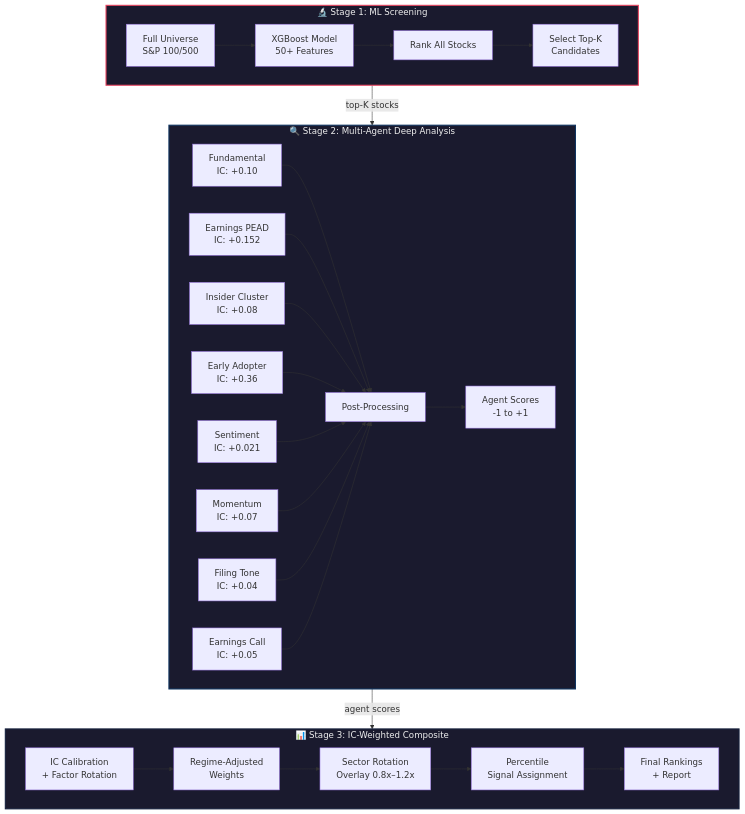
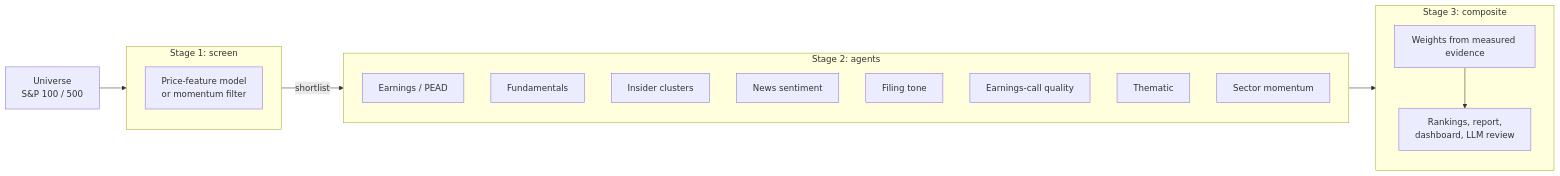
One commit to AndrewFSee/auto_researcher changed the diagram in README.md. Above: the diagram before and after it, drawn with Mermaid. The commit also changed other lines of this file and 32 other files, not shown here.

First line of the commit message:
Earnings data, point-in-time SEC fundamentals, reverse DCF and round 3

````diff
--- a/README.md
+++ b/README.md
@@ -131,37 +102,22 @@
 ```mermaid
-flowchart TB
-    subgraph Stage1["🔬 Stage 1: ML Screening"]
-        direction LR
-        A1[Full Universe<br/>S&P 100/500] --> A2[XGBoost Model<br/>50+ Features]
-        A2 --> A3[Rank All Stocks]
-        A3 --> A4[Select Top-K<br/>Candidates]
+flowchart LR
+    U[Universe<br/>S&P 100 / 500] --> S1
+    subgraph S1["Stage 1: screen"]
+        M[Price-feature model<br/>or momentum filter]
     end
-
-    subgraph Stage2["🔍 Stage 2: Multi-Agent Deep Analysis"]
-        direction LR
-        B1[Fundamental<br/>IC: +0.10] --> B5[Post-Processing]
-        B2[Earnings PEAD<br/>IC: +0.152] --> B5
-        B3[Insider Cluster<br/>IC: +0.08] --> B5
-        B4[Early Adopter<br/>IC: +0.36] --> B5
-        B6[Sentiment<br/>IC: +0.021] --> B5
-        B7[Momentum<br/>IC: +0.07] --> B5
-        B8[Filing Tone<br/>IC: +0.04] --> B5
-        B9[Earnings Call<br/>IC: +0.05] --> B5
-        B5 --> B10[Agent Scores<br/>-1 to +1]
+    S1 -->|shortlist| S2
+    subgraph S2["Stage 2: agents"]
+        A1[Earnings / PEAD]
+        A2[Fundamentals]
+        A3[Insider clusters]
+        A4[News sentiment]
+        A5[Filing tone]
+        A6[Earnings-call quality]
+        A7[Thematic]
+        A8[Sector momentum]
     end
-
-    subgraph Stage3["📊 Stage 3: IC-Weighted Composite"]
-        direction LR
-        C1[IC Calibration<br/>+ Factor Rotation] --> C2[Regime-Adjusted<br/>Weights]
-        C2 --> C3[Sector Rotation<br/>Overlay 0.8x–1.2x]
-        C3 --> C4[Percentile<br/>Signal Assignment]
-        C4 --> C5[Final Rankings<br/>+ Report]
+    S2 --> S3
+    subgraph S3["Stage 3: composite"]
+        W[Weights from measured evidence] --> R[Rankings, report,<br/>dashboard, LLM review]
     end
-
-    Stage1 -->|"top-K stocks"| Stage2
-    Stage2 -->|"agent scores"| Stage3
-
-    style Stage1 fill:#1a1a2e,stroke:#e94560,stroke-width:2px,color:#eee
-    style Stage2 fill:#1a1a2e,stroke:#0f3460,stroke-width:2px,color:#eee
-    style Stage3 fill:#1a1a2e,stroke:#16213e,stroke-width:2px,color:#eee
 ```
````
